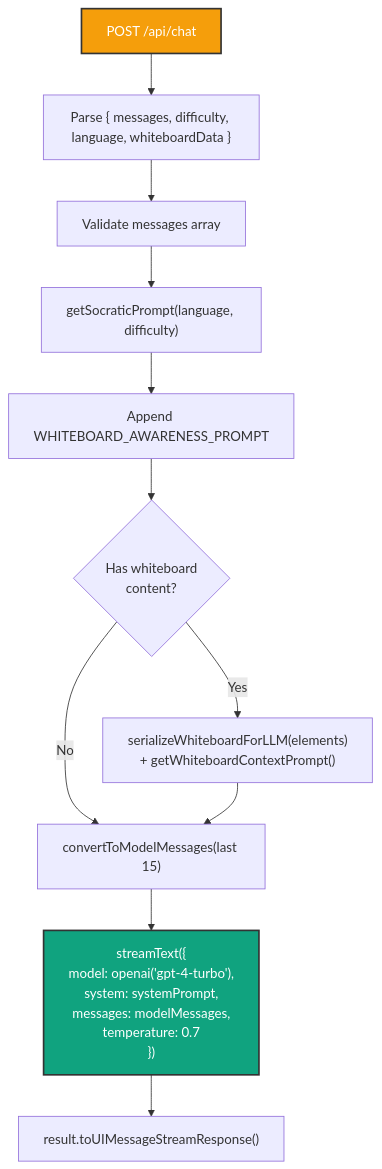
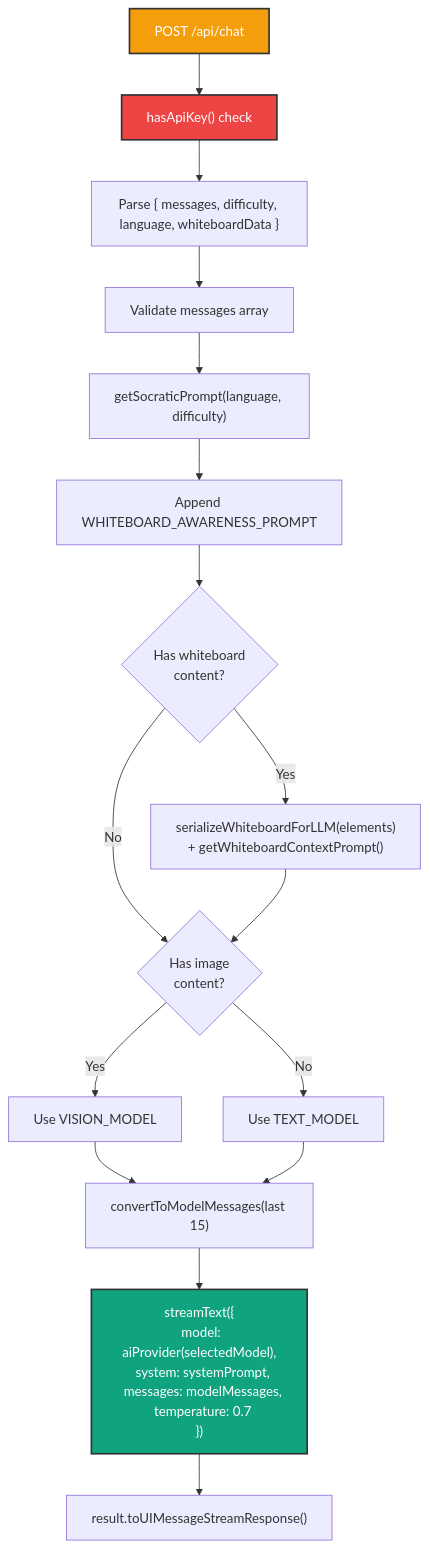
The ninth of 18 diagrams in architecture.md (Rhoahndur/Gandalf), drawn with Mermaid before and after one commit. The commit also changed other lines of this file and 1 other file, not shown here.

````diff
--- a/architecture.md
+++ b/architecture.md
@@ -343,18 +421,26 @@
 ```mermaid
 graph TB
-    Request["POST /api/chat"] --> Parse["Parse { messages, difficulty, language, whiteboardData }"]
+    Request["POST /api/chat"] --> ValidateKey["hasApiKey() check"]
+    ValidateKey --> Parse["Parse { messages, difficulty, language, whiteboardData }"]
     Parse --> Validate["Validate messages array"]
     Validate --> SystemPrompt["getSocraticPrompt(language, difficulty)"]
     SystemPrompt --> WBAwareness["Append WHITEBOARD_AWARENESS_PROMPT"]
     WBAwareness --> WBCheck{Has whiteboard<br/>content?}
 
     WBCheck -->|Yes| WBSerialize["serializeWhiteboardForLLM(elements)<br/>+ getWhiteboardContextPrompt()"]
-    WBCheck -->|No| Convert
-    WBSerialize --> Convert["convertToModelMessages(last 15)"]
+    WBCheck -->|No| ImageCheck
+    WBSerialize --> ImageCheck{Has image<br/>content?}
 
-    Convert --> Stream["streamText({<br/>  model: openai('gpt-4-turbo'),<br/>  system: systemPrompt,<br/>  messages: modelMessages,<br/>  temperature: 0.7<br/>})"]
+    ImageCheck -->|Yes| VisionModel["Use VISION_MODEL"]
+    ImageCheck -->|No| TextModel["Use TEXT_MODEL"]
+
+    VisionModel --> Convert["convertToModelMessages(last 15)"]
+    TextModel --> Convert
+
+    Convert --> Stream["streamText({<br/>  model: aiProvider(selectedModel),<br/>  system: systemPrompt,<br/>  messages: modelMessages,<br/>  temperature: 0.7<br/>})"]
     Stream --> Response["result.toUIMessageStreamResponse()"]
 
     style Request fill:#f59e0b,stroke:#333,stroke-width:2px,color:#fff
     style Stream fill:#10a37f,stroke:#333,stroke-width:2px,color:#fff
+    style ValidateKey fill:#ef4444,stroke:#333,stroke-width:2px,color:#fff
 ```
````
